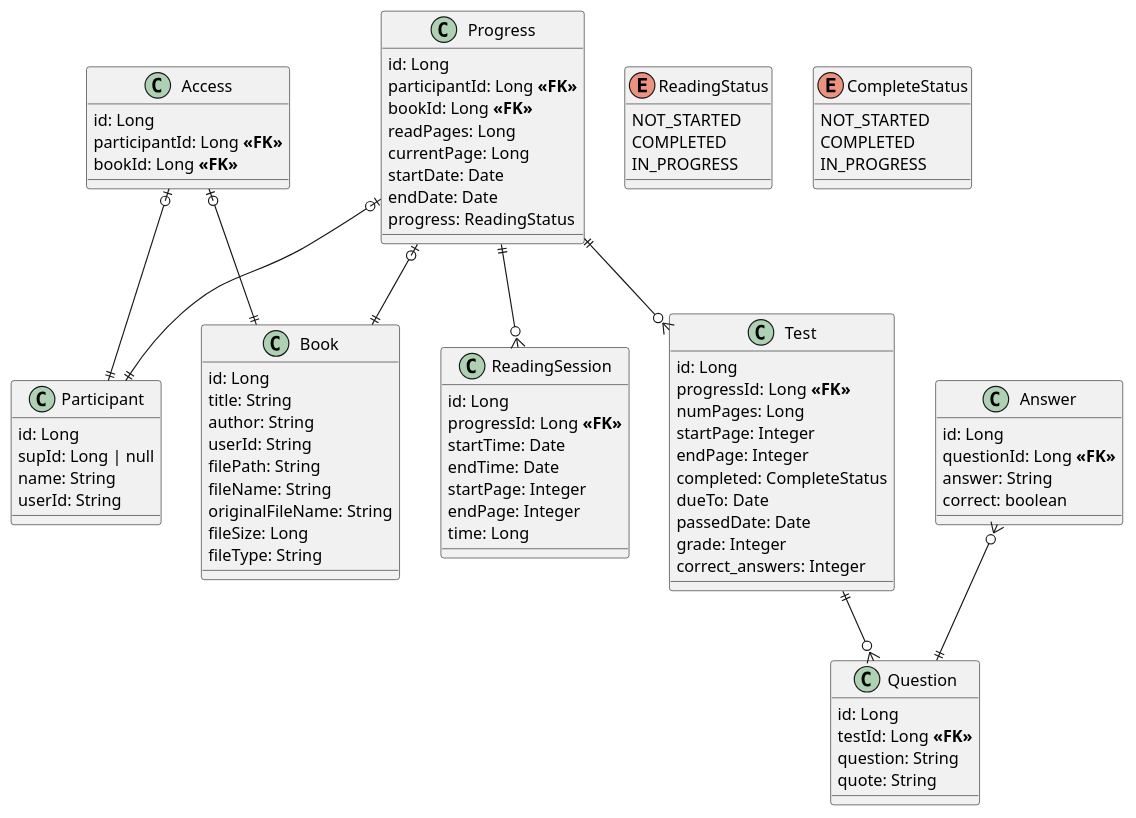
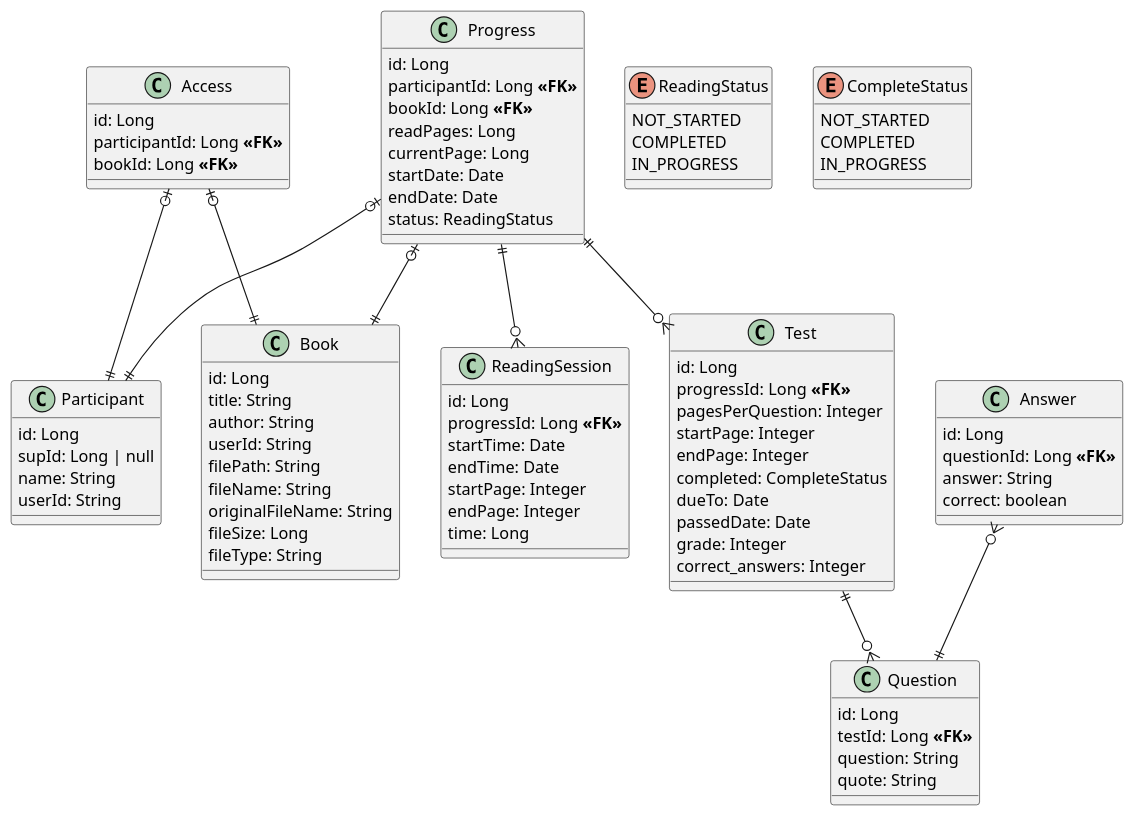
One commit to VlaTal1/reader-ai-java changed the diagram in BOM.puml. Above: the diagram before and after it, drawn with PlantUML.

Commit message:
Updated BOM

```diff
--- a/BOM.puml
+++ b/BOM.puml
@@ -1,99 +1,99 @@
 @startuml BOM
 
 class Book {
     id: Long
     title: String
     author: String
     userId: String
     filePath: String
     fileName: String
     originalFileName: String
     fileSize: Long
     fileType: String
 }
 
 class Participant {
     id: Long
     supId: Long | null
     name: String
     userId: String
 }
 
 class Access {
     id: Long
     participantId: Long **<<FK>>**
     bookId: Long **<<FK>>**
 }
 
 enum ReadingStatus {
     NOT_STARTED
     COMPLETED
     IN_PROGRESS
 }
 
 class Progress {
     id: Long
     participantId: Long **<<FK>>**
     bookId: Long **<<FK>>**
     readPages: Long
     currentPage: Long
     startDate: Date
     endDate: Date
-    progress: ReadingStatus
+    status: ReadingStatus
 }
 
 class ReadingSession {
     id: Long
     progressId: Long **<<FK>>**
     startTime: Date
     endTime: Date
     startPage: Integer
     endPage: Integer
     time: Long
 }
 
 enum CompleteStatus {
     NOT_STARTED
     COMPLETED
     IN_PROGRESS
 }
 
 class Test {
     id: Long
     progressId: Long **<<FK>>**
-    numPages: Long
+    pagesPerQuestion: Integer
     startPage: Integer
     endPage: Integer
     completed: CompleteStatus
     dueTo: Date
     passedDate: Date
     grade: Integer
     correct_answers: Integer
 }
 
 class Question {
     id: Long
     testId: Long **<<FK>>**
     question: String
     quote: String
 }
 
 class Answer {
     id: Long
     questionId: Long **<<FK>>**
     answer: String
     correct: boolean
 }
 
 Access |o--|| Book
 Access |o--|| Participant
 
 Progress |o--|| Book
 Progress |o--|| Participant
 Progress ||--o{ ReadingSession
 Progress ||--o{ Test
 
 Test ||--o{ Question
 Answer }o--|| Question
 
 @enduml
```
